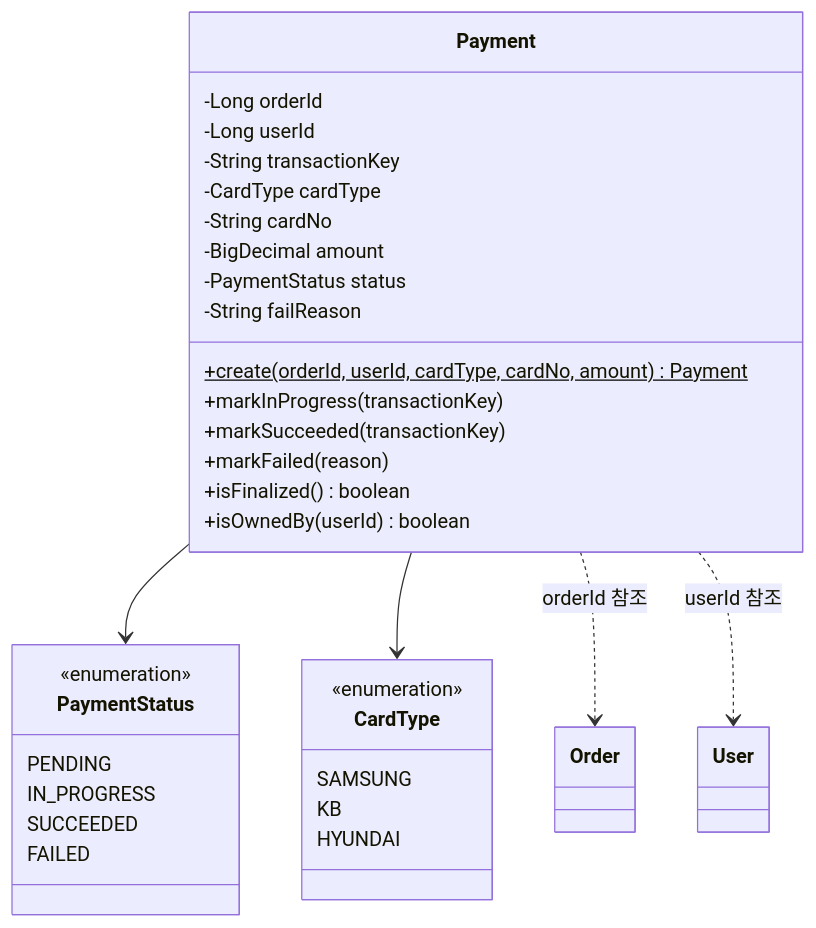
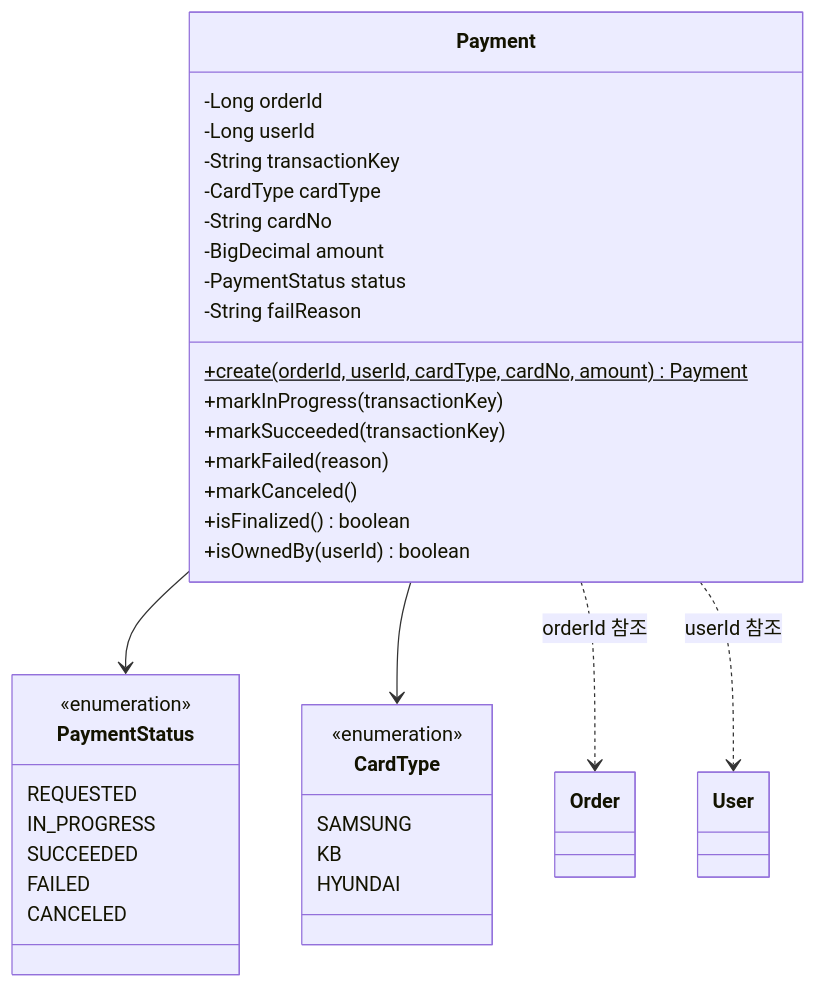
The diagram in docs/design/payment/class-diagram.md (Loopers-dev-lab/loop-pack-be-l2-vol3-java), drawn with Mermaid before and after one commit. The commit also changed other lines of this file and 22 other files, not shown here.

````diff
--- a/docs/design/payment/class-diagram.md
+++ b/docs/design/payment/class-diagram.md
@@ -8,39 +8,41 @@
 ```mermaid
 classDiagram
     class Payment {
         -Long orderId
         -Long userId
         -String transactionKey
         -CardType cardType
         -String cardNo
         -BigDecimal amount
         -PaymentStatus status
         -String failReason
         +create(orderId, userId, cardType, cardNo, amount)$ Payment
         +markInProgress(transactionKey)
         +markSucceeded(transactionKey)
         +markFailed(reason)
+        +markCanceled()
         +isFinalized() boolean
         +isOwnedBy(userId) boolean
     }
 
     class PaymentStatus {
         <<enumeration>>
-        PENDING
+        REQUESTED
         IN_PROGRESS
         SUCCEEDED
         FAILED
+        CANCELED
     }
 
     class CardType {
         <<enumeration>>
         SAMSUNG
         KB
         HYUNDAI
     }
 
     Payment --> PaymentStatus
     Payment --> CardType
     Payment ..> Order : orderId 참조
     Payment ..> User : userId 참조
 ```
````
